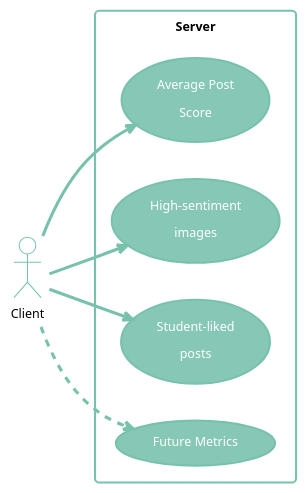
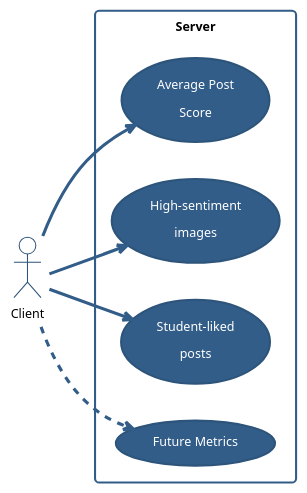
The diagram in TP2/informe/diagrams/usecase.puml (FdelMazo/7574-Distribuidos), drawn with PlantUML before and after one commit. The commit also changed 13 other files, not shown here.

Commit message:
Avoid using red-green palette on diagrams

```diff
--- a/TP2/informe/diagrams/usecase.puml
+++ b/TP2/informe/diagrams/usecase.puml
@@ -1,22 +1,22 @@
 @startuml
-!theme minty
+!theme sandstone
 
 skinparam rectanglebackgroundcolor transparent
 skinparam rectanglefontcolor black
 skinparam actorbackgroundcolor transparent
 skinparam actorfontcolor black
 
 left to right direction
 actor "Client" as fc
 rectangle Server {
   usecase "Average Post\nScore" as UC1
   usecase "High-sentiment\nimages" as UC2
   usecase "Student-liked\nposts" as UC3
   usecase "Future Metrics" as UC4
 }
 fc --> UC1
 fc --> UC2
 fc --> UC3
 fc ..> UC4
 
 @enduml
```
